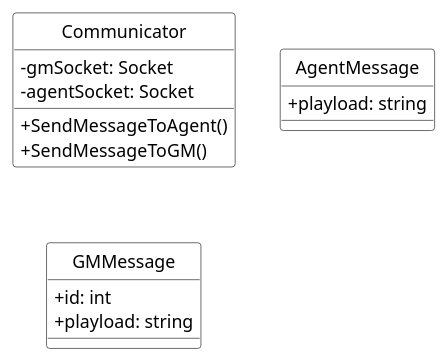
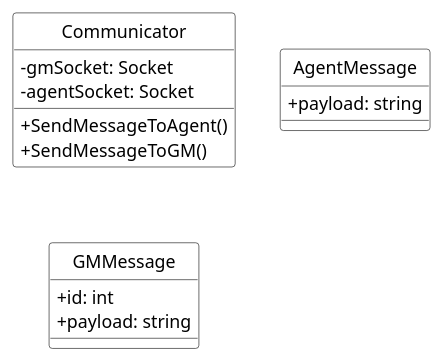
Before and after one commit to MINI-IO/IO-project-game: the diagram in UML/ClassDiagram/Communicator.puml, drawn with PlantUML.

Commit message:
payload misspelling fixed

```diff
--- a/UML/ClassDiagram/Communicator.puml
+++ b/UML/ClassDiagram/Communicator.puml
@@ -1,27 +1,27 @@
 @startuml
 skinparam shadowing false
 skinparam monochrome true
 skinparam classAttributeIconSize 0
 hide circles
 
 skinparam class {
 BackgroundColor white
 }
 
 class Communicator {
 - gmSocket: Socket
 - agentSocket: Socket
 
 + SendMessageToAgent()
 + SendMessageToGM()
 }
 
 class AgentMessage {
-+ playload: string
++ payload: string
 }
 
 class GMMessage {
 + id: int
-+ playload: string
++ payload: string
 }
 @enduml
```
